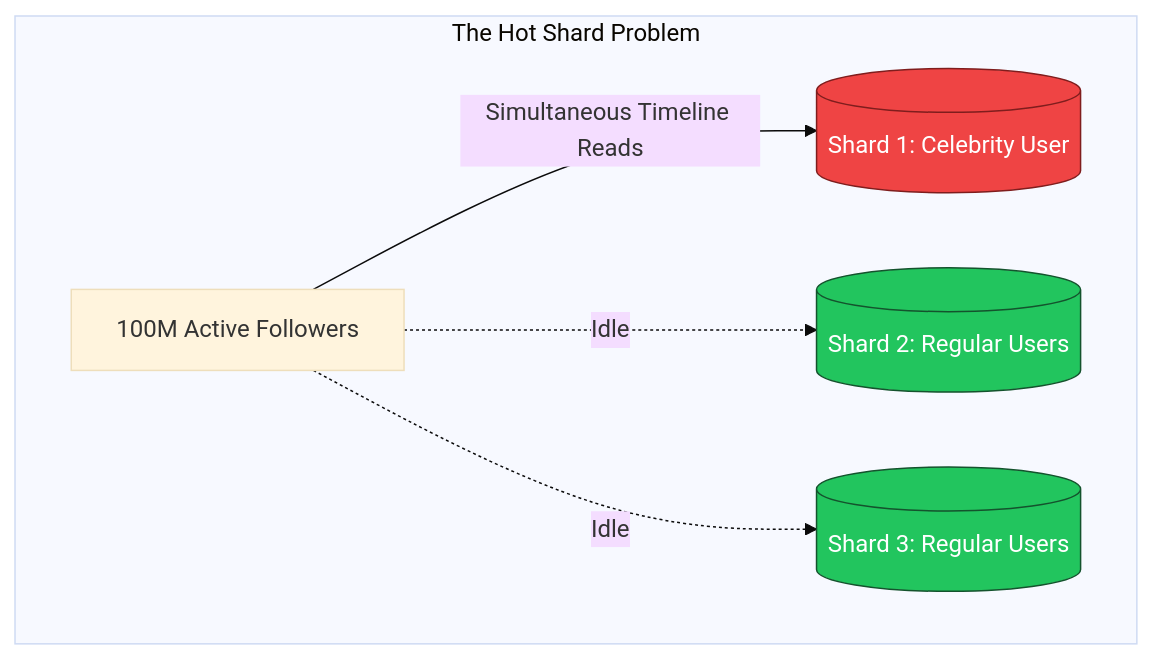
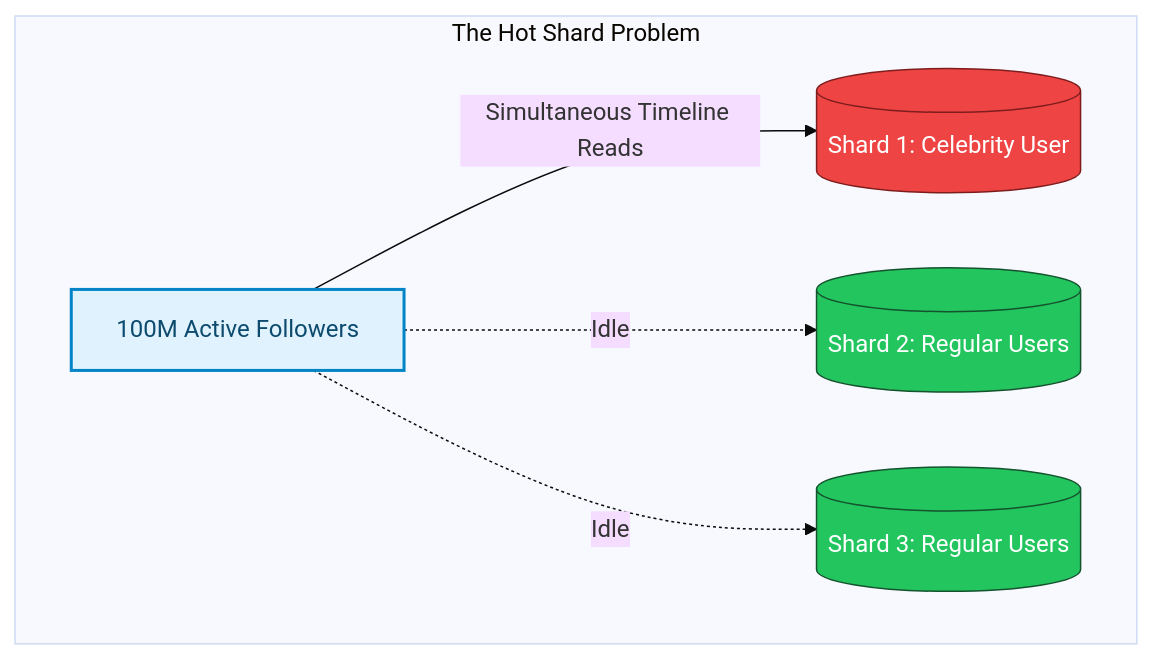
The fourth of 5 diagrams in blog/posts/7-fatal-microservices-gotchas-uber-netflix-discord-aws.md (akmalkhaniub/akmalkhaniub.github.io), drawn with Mermaid (base theme) before and after one commit. The commit also changed other lines of this file and 1291 other files, not shown here.

First line of the commit message:
feat(catalog): unique covers, scholarly references, and diagram palettes

````diff
--- a/blog/posts/7-fatal-microservices-gotchas-uber-netflix-discord-aws.md
+++ b/blog/posts/7-fatal-microservices-gotchas-uber-netflix-discord-aws.md
@@ -153,12 +173,19 @@
 ```mermaid
 flowchart TD
   subgraph SG3_TheHotShard ["The Hot Shard Problem"]
-    Users[100M Active Followers] -->|Simultaneous Timeline Reads| Shard1[(Shard 1: Celebrity User)]
+    Users["100M Active Followers"] -->|Simultaneous Timeline Reads| Shard1[(Shard 1: Celebrity User)]
     Users -.->|Idle| Shard2[(Shard 2: Regular Users)]
     Users -.->|Idle| Shard3[(Shard 3: Regular Users)]
   end
   
   style Shard1 fill:#ef4444,stroke:#7f1d1d,color:#ffffff
   style Shard2 fill:#22c55e,stroke:#14532d,color:#ffffff
   style Shard3 fill:#22c55e,stroke:#14532d,color:#ffffff
+
+classDef green fill:#dcfce7,stroke:#16a34a,stroke-width:2px,color:#14532d;
+classDef red fill:#fee2e2,stroke:#dc2626,stroke-width:2px,color:#7f1d1d;
+classDef blue fill:#e0f2fe,stroke:#0284c7,stroke-width:2px,color:#0c4a6e;
+classDef yellow fill:#fef3c7,stroke:#d97706,stroke-width:2px,color:#78350f;
+classDef purple fill:#ede9fe,stroke:#7c3aed,stroke-width:2px,color:#4c1d95;
+class Users blue
 ```
````
